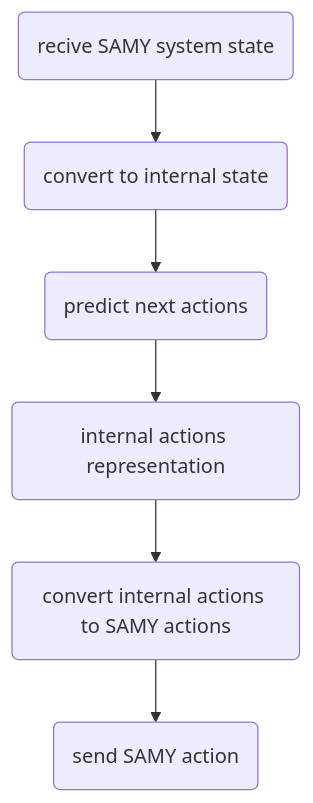
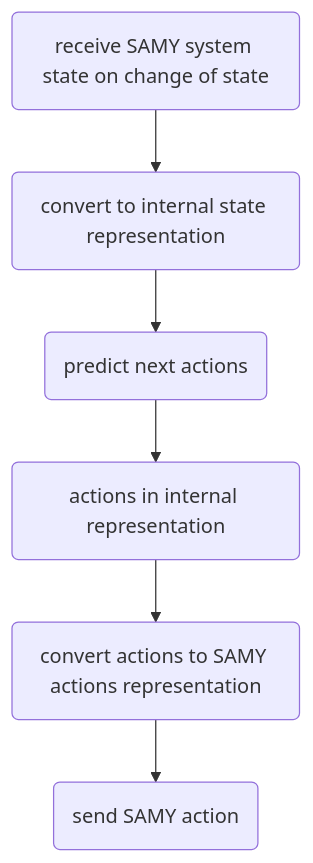
The first of 6 diagrams in README.md (TW-Robotics/SAMYControl), drawn with Mermaid before and after one commit. The commit also changed other lines of this file, not shown here.

````diff
--- a/README.md
+++ b/README.md
@@ -7,4 +7,4 @@
 ```mermaid
 graph TD;
-A(recive SAMY system state)  --> G(convert to internal state) --> B(predict next actions) -->  C(internal actions representation) --> F(convert internal actions to SAMY actions) --> H(send SAMY action)
+A(receive SAMY system state on change of state)  --> G(convert to internal state representation) --> B(predict next actions) -->  C(actions in internal representation) --> F(convert actions to SAMY actions representation) --> H(send SAMY action)
 ```
````
